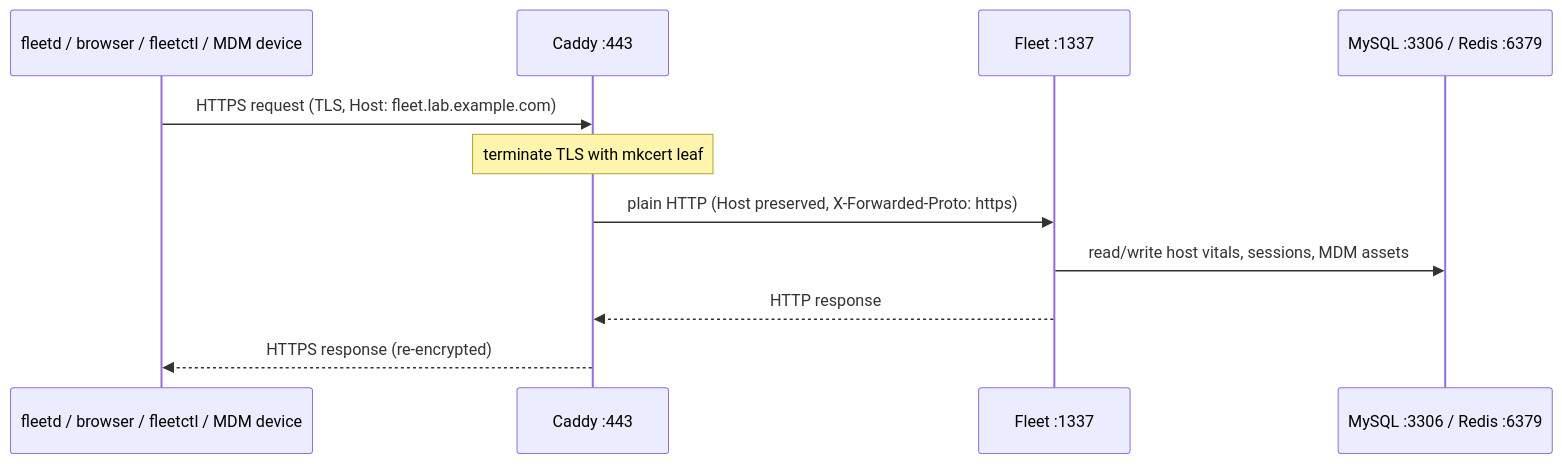
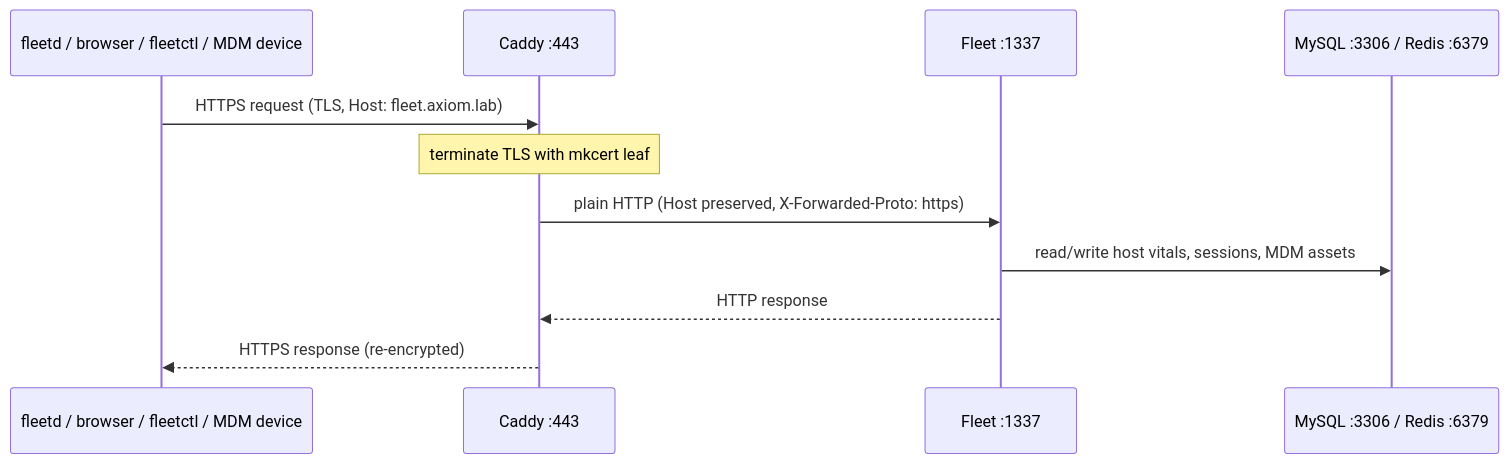
Before and after one commit to worthingtontech/axiom-fleet-mdm-lab: the eighth of 10 diagrams in docs/encyclopedia/04-tls-and-pki.md, drawn with Mermaid. The commit also changed other lines of this file and 13 other files, not shown here.

````diff
--- a/docs/encyclopedia/04-tls-and-pki.md
+++ b/docs/encyclopedia/04-tls-and-pki.md
@@ -242,13 +246,13 @@
 ```mermaid
 sequenceDiagram
     participant Cl as fleetd / browser / fleetctl / MDM device
     participant Ca as Caddy :443
     participant F as Fleet :1337
     participant DB as MySQL :3306 / Redis :6379
-    Cl->>Ca: HTTPS request (TLS, Host: fleet.lab.example.com)
+    Cl->>Ca: HTTPS request (TLS, Host: fleet.axiom.lab)
     Note over Ca: terminate TLS with mkcert leaf
     Ca->>F: plain HTTP (Host preserved, X-Forwarded-Proto: https)
     F->>DB: read/write host vitals, sessions, MDM assets
     F-->>Ca: HTTP response
     Ca-->>Cl: HTTPS response (re-encrypted)
 ```
````
